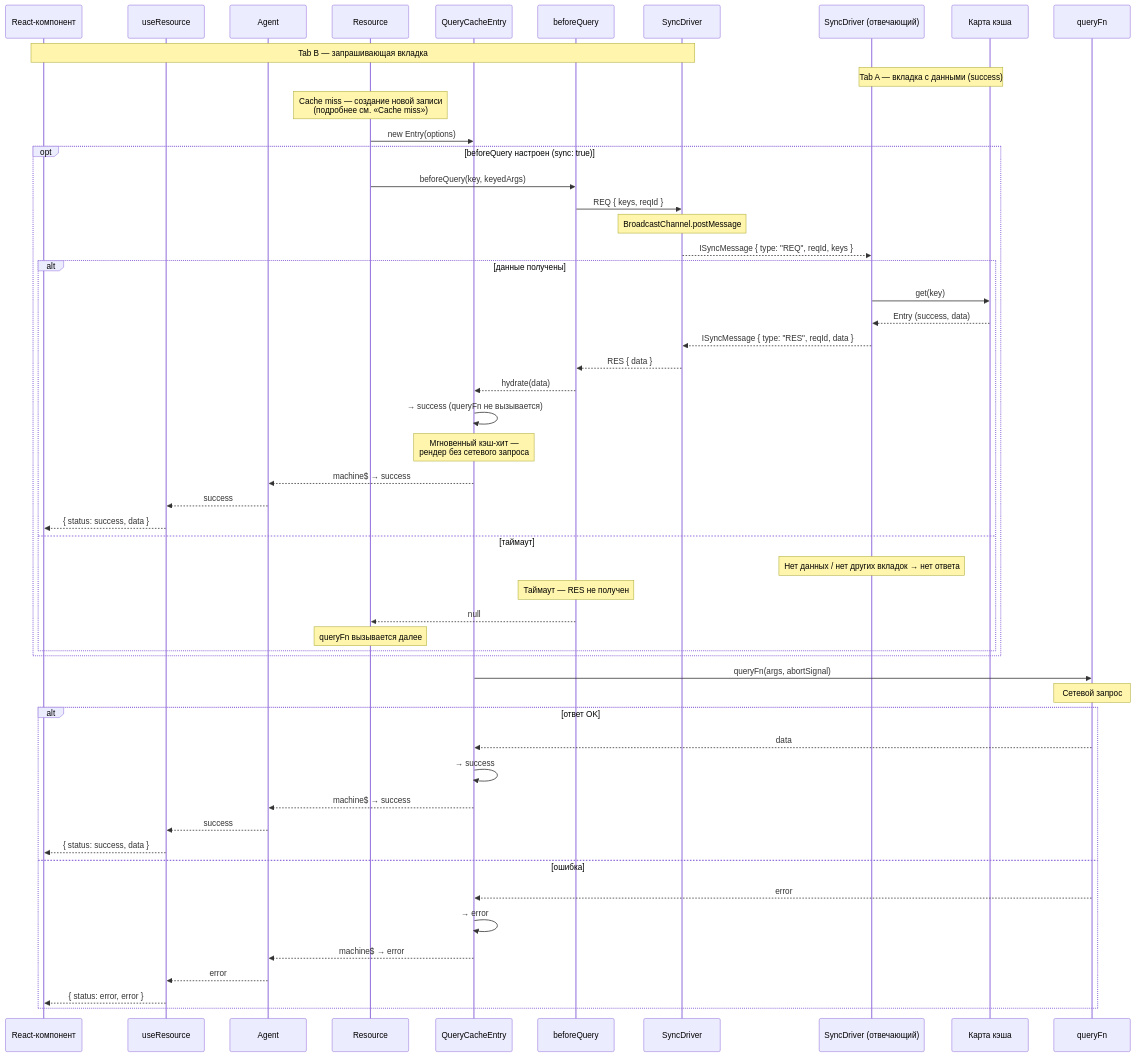
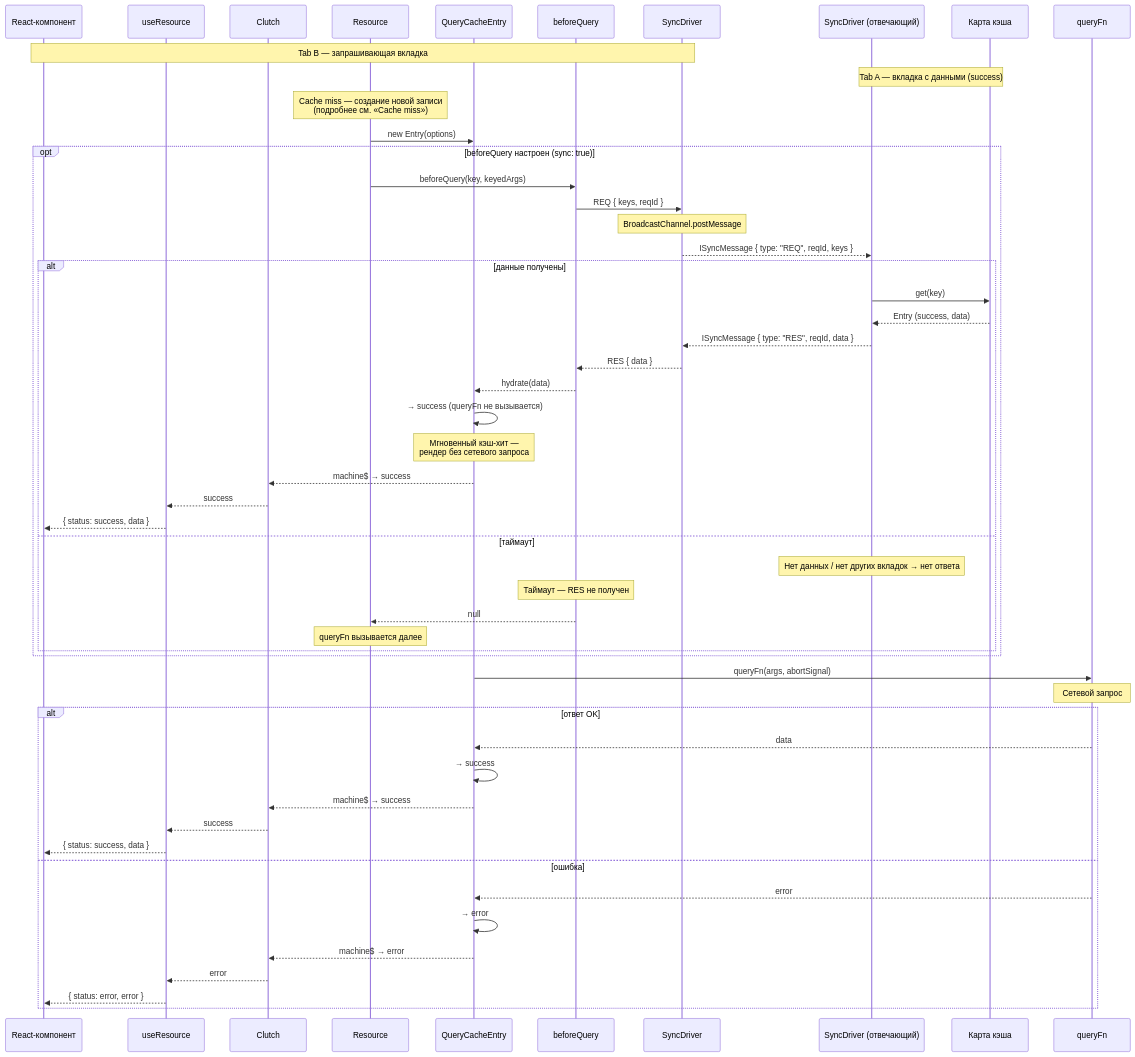
One commit to fozy-labs/rx-toolkit changed the tenth of 10 diagrams in docs/query/concepts/dataflows.md. Above: the diagram before and after it, drawn with Mermaid. The commit also changed other lines of this file and 105 other files, not shown here.

````diff
--- a/docs/query/concepts/dataflows.md
+++ b/docs/query/concepts/dataflows.md
@@ -397,61 +397,61 @@
 ```mermaid
 sequenceDiagram
     participant UI as React-компонент
     participant Hook as useResource
-    participant Agent as Agent
+    participant Clutch as Clutch
     participant Res as Resource
     participant Entry as QueryCacheEntry
     participant BQ as beforeQuery
     participant Sync as SyncDriver
     participant Sync2 as SyncDriver (отвечающий)
     participant Cache2 as Карта кэша
     participant Query as queryFn
 
     Note over UI, Sync: Tab B — запрашивающая вкладка
     Note over Sync2, Cache2: Tab A — вкладка с данными (success)
 
     Note over Res: Cache miss — создание новой записи<br/>(подробнее см. «Cache miss»)
     Res->>Entry: new Entry(options)
 
     opt beforeQuery настроен (sync: true)
         Res->>BQ: beforeQuery(key, keyedArgs)
         BQ->>Sync: REQ { keys, reqId }
         Note over Sync: BroadcastChannel.postMessage
         Sync-->>Sync2: ISyncMessage { type: "REQ", reqId, keys }
 
         alt данные получены
             Sync2->>Cache2: get(key)
             Cache2-->>Sync2: Entry (success, data)
             Sync2-->>Sync: ISyncMessage { type: "RES", reqId, data }
             Sync-->>BQ: RES { data }
             BQ-->>Entry: hydrate(data)
             Entry->>Entry: → success (queryFn не вызывается)
             Note over Entry: Мгновенный кэш-хит —<br/>рендер без сетевого запроса
-            Entry-->>Agent: machine$ → success
-            Agent-->>Hook: success
+            Entry-->>Clutch: machine$ → success
+            Clutch-->>Hook: success
             Hook-->>UI: { status: success, data }
         else таймаут
             Note over Sync2: Нет данных / нет других вкладок → нет ответа
             Note over BQ: Таймаут — RES не получен
             BQ-->>Res: null
             Note over Res: queryFn вызывается далее
         end
     end
 
     Entry->>Query: queryFn(args, abortSignal)
     Note over Query: Сетевой запрос
 
     alt ответ OK
         Query-->>Entry: data
         Entry->>Entry: → success
-        Entry-->>Agent: machine$ → success
-        Agent-->>Hook: success
+        Entry-->>Clutch: machine$ → success
+        Clutch-->>Hook: success
         Hook-->>UI: { status: success, data }
     else ошибка
         Query-->>Entry: error
         Entry->>Entry: → error
-        Entry-->>Agent: machine$ → error
-        Agent-->>Hook: error
+        Entry-->>Clutch: machine$ → error
+        Clutch-->>Hook: error
         Hook-->>UI: { status: error, error }
     end
 ```
````
